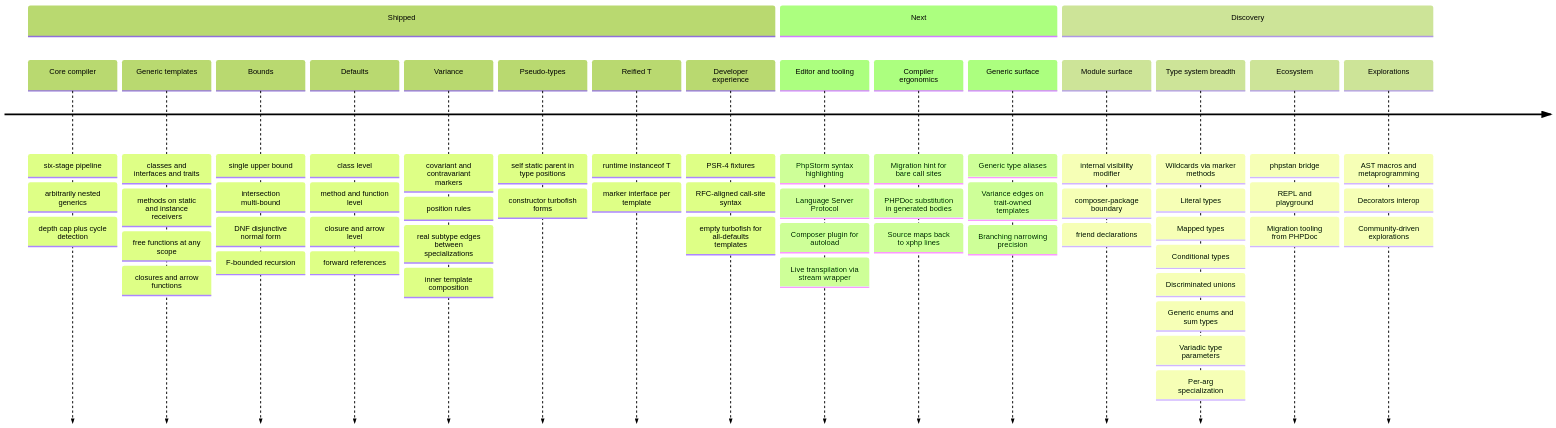
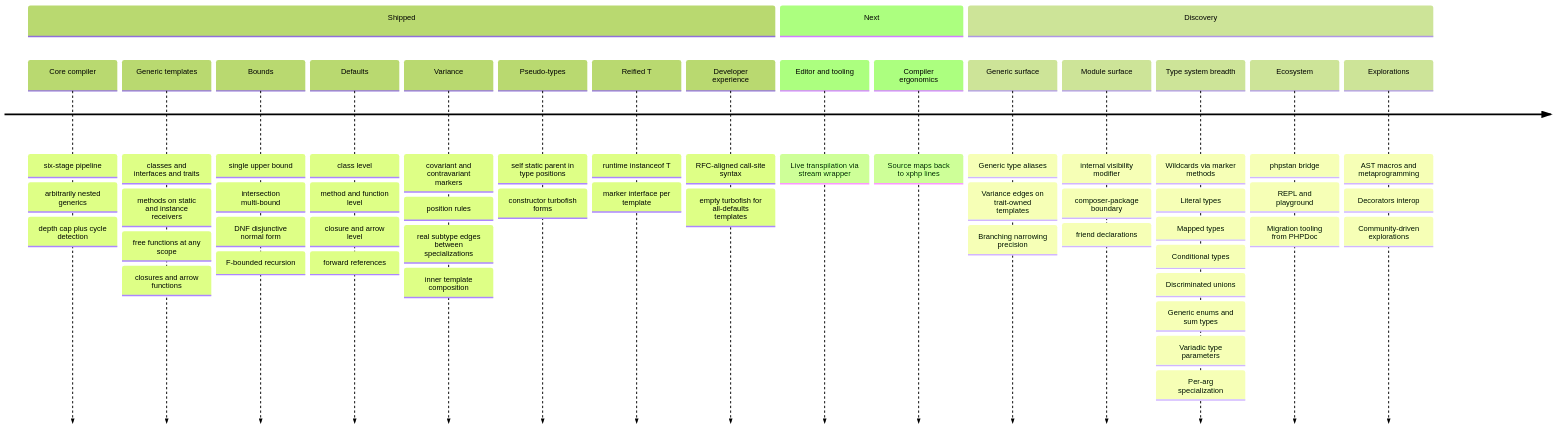
Before and after one commit to xphp-lang/xphp: the diagram in docs/roadmap.md, drawn with Mermaid (forest theme). The commit also changed other lines of this file, not shown here.

Commit message:
docs(roadmap): roadmap cleanup

````diff
--- a/docs/roadmap.md
+++ b/docs/roadmap.md
@@ -14,74 +14,68 @@
 ```mermaid
 timeline
     section Shipped
         Core compiler
                 : six-stage pipeline
                 : arbitrarily nested generics
                 : depth cap plus cycle detection
         Generic templates
                 : classes and interfaces and traits
                 : methods on static and instance receivers
                 : free functions at any scope
                 : closures and arrow functions
         Bounds
                 : single upper bound
                 : intersection multi-bound
                 : DNF disjunctive normal form
                 : F-bounded recursion
         Defaults
                 : class level
                 : method and function level
                 : closure and arrow level
                 : forward references
         Variance
                 : covariant and contravariant markers
                 : position rules
                 : real subtype edges between specializations
                 : inner template composition
         Pseudo-types
                 : self static parent in type positions
                 : constructor turbofish forms
         Reified T
                 : runtime instanceof T
                 : marker interface per template
         Developer experience
-                : PSR-4 fixtures
                 : RFC-aligned call-site syntax
                 : empty turbofish for all-defaults templates
     section Next
         Editor and tooling
-                : PhpStorm syntax highlighting
-                : Language Server Protocol
-                : Composer plugin for autoload
                 : Live transpilation via stream wrapper
         Compiler ergonomics
-                : Migration hint for bare call sites
-                : PHPDoc substitution in generated bodies
                 : Source maps back to xphp lines
+    section Discovery
         Generic surface
                 : Generic type aliases
                 : Variance edges on trait-owned templates
                 : Branching narrowing precision
-    section Discovery
         Module surface
                 : internal visibility modifier
                 : composer-package boundary
                 : friend declarations
         Type system breadth
                 : Wildcards via marker methods
                 : Literal types
                 : Mapped types
                 : Conditional types
                 : Discriminated unions
                 : Generic enums and sum types
                 : Variadic type parameters
                 : Per-arg specialization
         Ecosystem
                 : phpstan bridge
                 : REPL and playground
                 : Migration tooling from PHPDoc
         Explorations
                 : AST macros and metaprogramming
                 : Decorators interop
                 : Community-driven explorations
 ```
````
